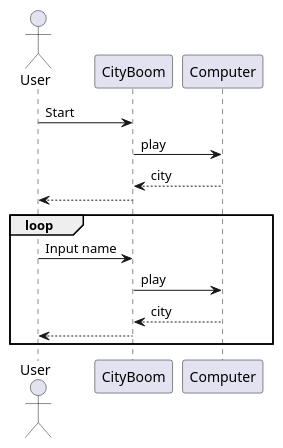
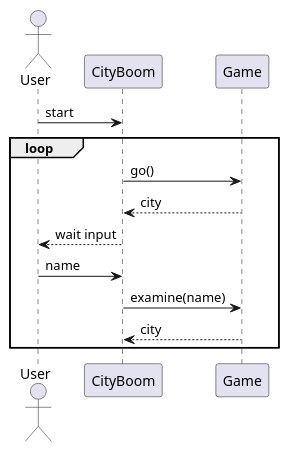
The diagram in uml/game-sequence.puml (bonewell/cityboom), drawn with PlantUML before and after one commit. The commit also changed 5 other files, not shown here.

Commit message:
Update UML diagrams

```diff
--- a/uml/game-sequence.puml
+++ b/uml/game-sequence.puml
@@ -1,13 +1,12 @@
 @startuml
 actor User
-User -> CityBoom: Start
-CityBoom -> Computer: play
-Computer --> CityBoom: city
-CityBoom --> User
+User -> CityBoom: start
 loop
-    User -> CityBoom: Input name
-    CityBoom -> Computer: play
-    Computer --> CityBoom: city
-    CityBoom --> User
+    CityBoom -> Game: go()
+    Game --> CityBoom: city
+    CityBoom --> User: wait input
+    User -> CityBoom: name
+    CityBoom -> Game: examine(name)
+    Game --> CityBoom: city
 end
 @enduml
```
